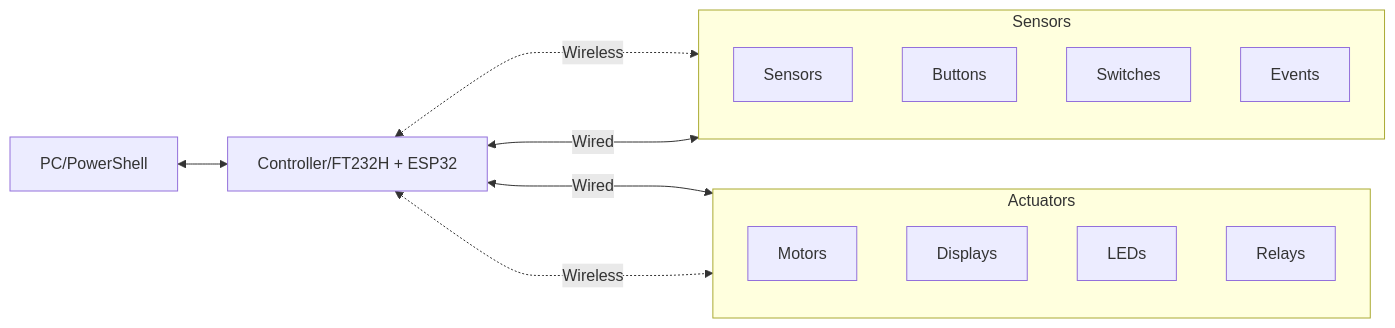
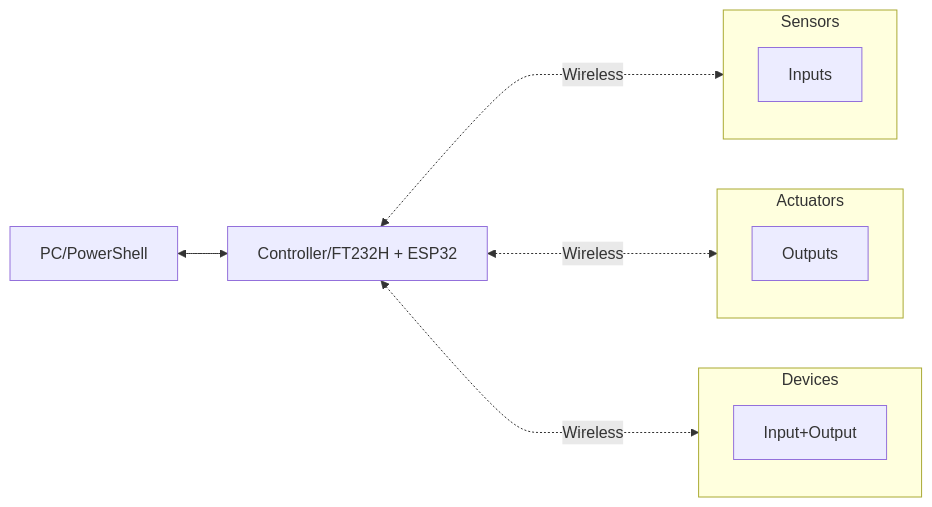
The first of 3 diagrams in README.md (MarkGzero/PSGadgets), drawn with Mermaid before and after one commit. The commit also changed other lines of this file, not shown here.

````diff
--- a/README.md
+++ b/README.md
@@ -25,26 +23,22 @@
 ```mermaid
 flowchart LR
     
     A[PC/PowerShell]
     B[Controller/FT232H + ESP32] 
 
     A <--> B
     
     subgraph Input [Sensors]
-        input1[Sensors]
-        input2[Buttons]
-        input3[Switches]
-        input4[Events]
+        input1[Inputs]
     end
     subgraph Output [Actuators]
-        output1[Motors]
-        output2[Displays]
-        output3[LEDs]
-        output4[Relays]
+        output1[Outputs]
+    end
+        subgraph Combo [Devices]
+        combo1[Input+Output]
     end
 
     B <-...-> |Wireless | Input
-    B <--> |Wired| Input
-    B <--> |Wired | Output
     B <-...-> |Wireless | Output
+    B <-...-> |Wireless | Combo
 ```
````
